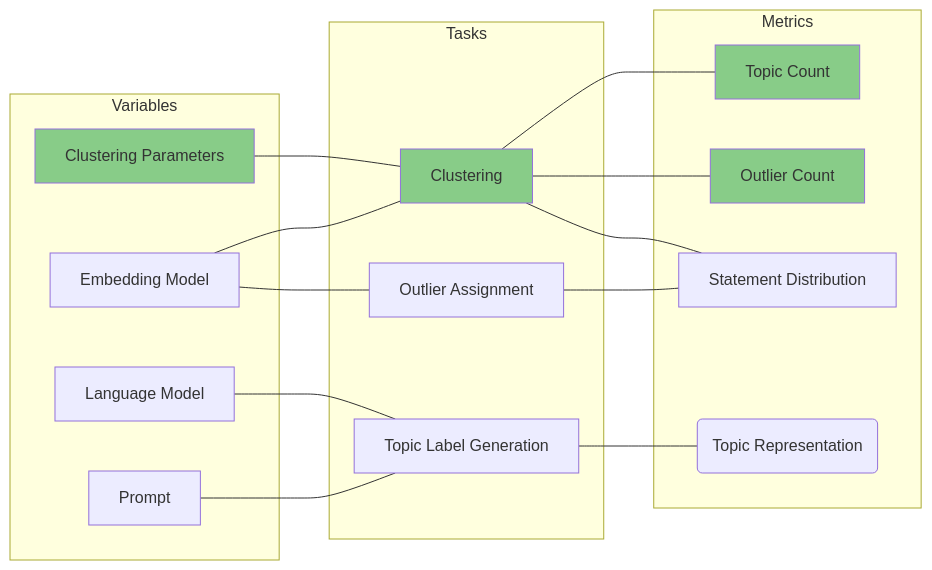
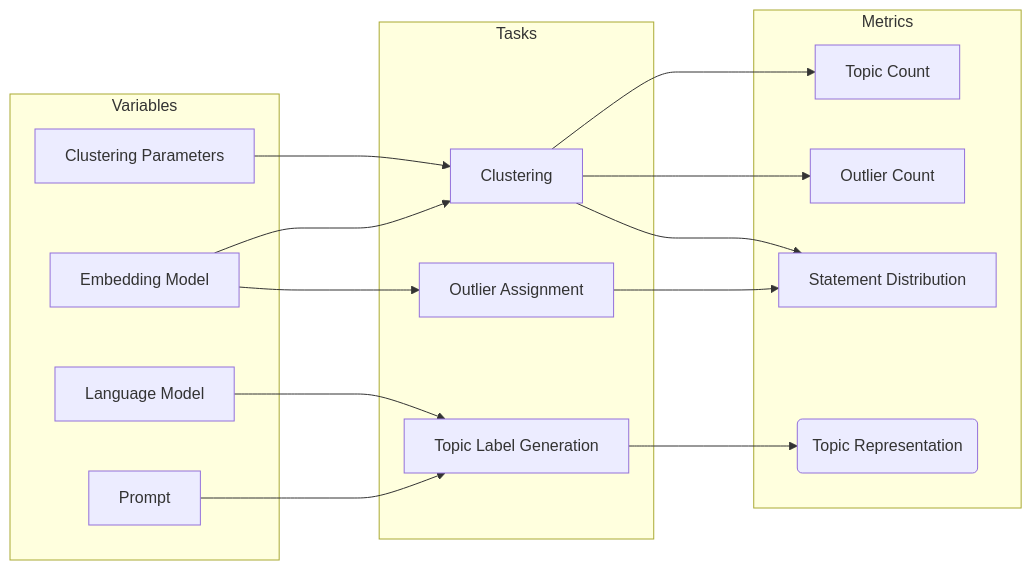
The diagram in docs/experiment2.mmd (aadityabhatia/polis-argmap), drawn with Mermaid before and after one commit. The commit also changed 30 other files, not shown here.

```diff
--- a/docs/experiment2.mmd
+++ b/docs/experiment2.mmd
@@ -1,26 +1,24 @@
 flowchart LR
 
     subgraph Metrics
         TopicCount[Topic Count]:::selected
         OutlierCount[Outlier Count]:::selected
         StatementDistribution[Statement Distribution]
         TopicRepresentation(Topic Representation)
     end
 
     subgraph Tasks
         Clustering:::selected
-        Clustering --- TopicCount & OutlierCount & StatementDistribution
-        OutlierAssignment[Outlier Assignment] --- StatementDistribution
-        TopicLabelGeneration[Topic Label Generation] --- TopicRepresentation
+        Clustering ---> TopicCount & OutlierCount & StatementDistribution
+        OutlierAssignment[Outlier Assignment] ---> StatementDistribution
+        TopicLabelGeneration[Topic Label Generation] ---> TopicRepresentation
     end
 
     subgraph Variables
         ClusteringParameters[Clustering Parameters]:::selected
-        ClusteringParameters --- Clustering
-        EmbeddingModel[Embedding Model] --- Clustering
-        EmbeddingModel --- OutlierAssignment
-        LanguageModel[Language Model] --- TopicLabelGeneration
-        Prompt --- TopicLabelGeneration
+        ClusteringParameters ---> Clustering
+        EmbeddingModel[Embedding Model] ---> Clustering
+        EmbeddingModel ---> OutlierAssignment
+        LanguageModel[Language Model] ---> TopicLabelGeneration
+        Prompt ---> TopicLabelGeneration
     end
-
-    classDef selected fill:#8c8
```
